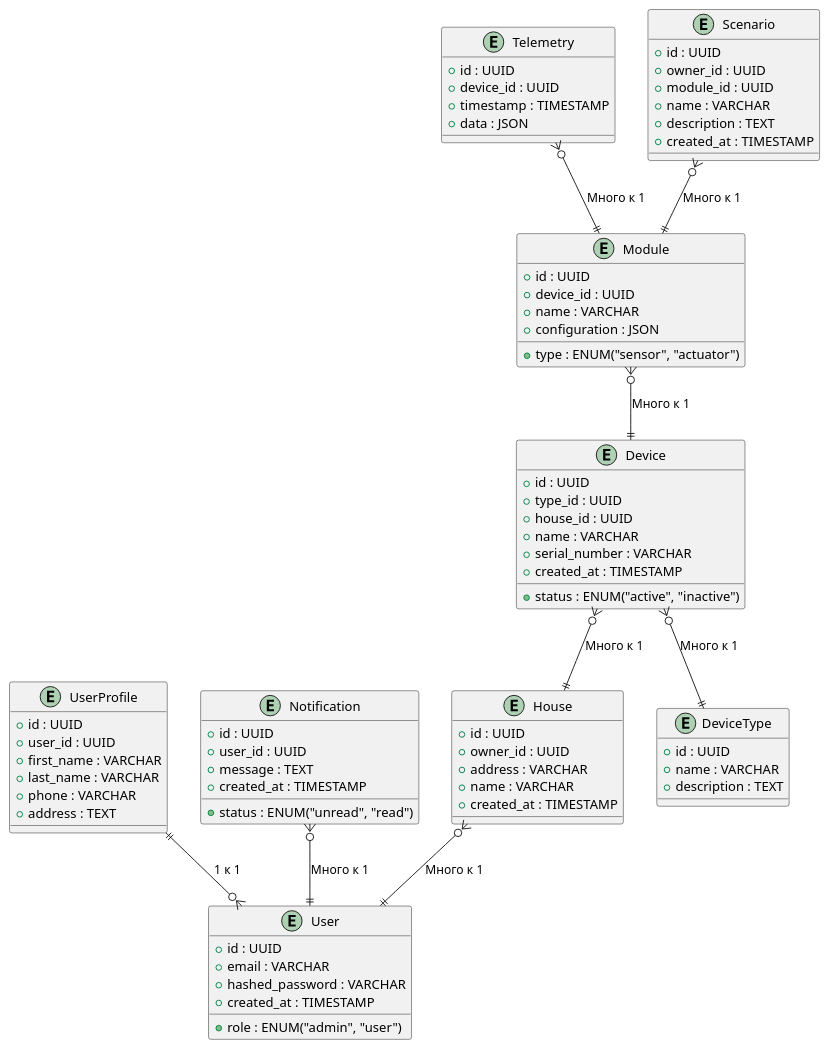
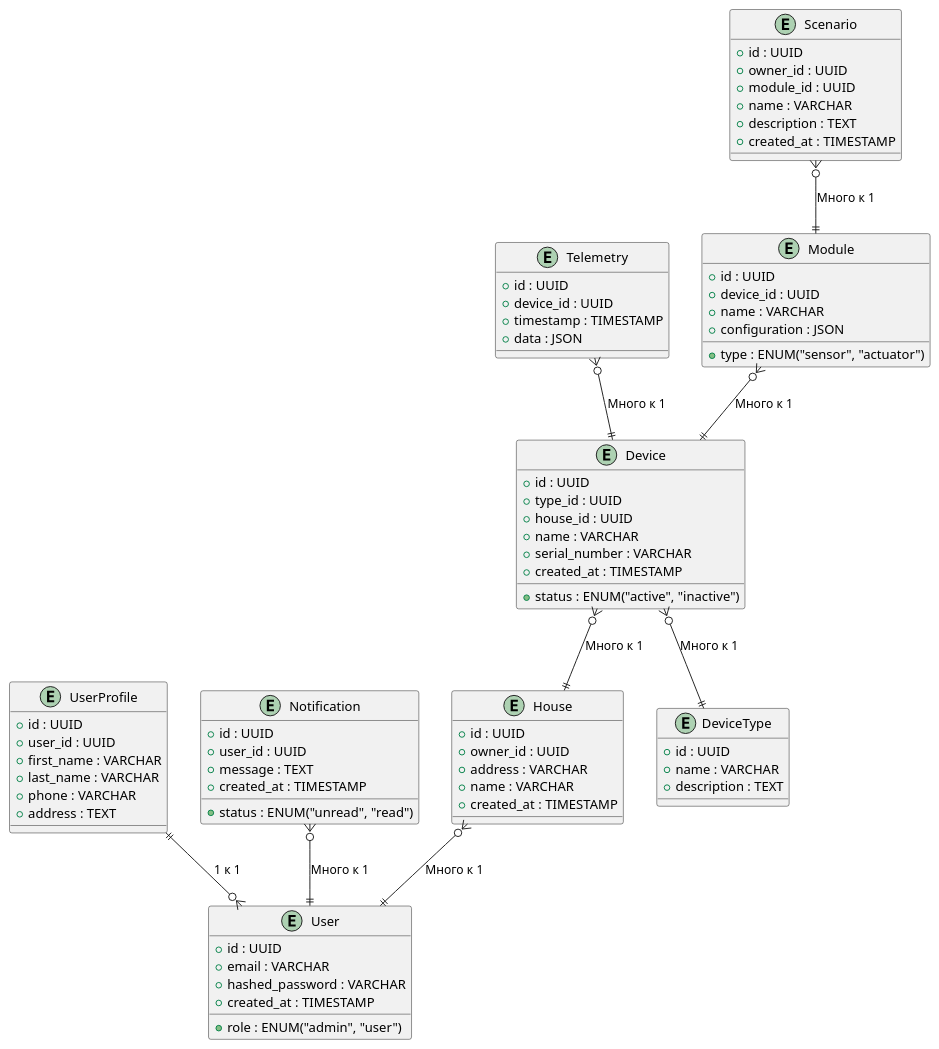
The diagram in diagrams/ER.puml (vlfors/architecture-sprint-3), drawn with PlantUML before and after one commit. The commit also changed 32 other files, not shown here.

```diff
--- a/diagrams/ER.puml
+++ b/diagrams/ER.puml
@@ -1,92 +1,92 @@
 @startuml
 
 ' Таблица пользователей
 entity (User) {
     + id : UUID
     + email : VARCHAR
     + hashed_password : VARCHAR
     + role : ENUM("admin", "user")
     + created_at : TIMESTAMP
 }
 
 ' Таблица профилей пользователей
 entity (UserProfile) {
     + id : UUID
     + user_id : UUID
     + first_name : VARCHAR
     + last_name : VARCHAR
     + phone : VARCHAR
     + address : TEXT
 }
 
 ' Таблица устройств
 entity (Device) {
     + id : UUID
     + type_id : UUID
     + house_id : UUID
     + name : VARCHAR
     + serial_number : VARCHAR
     + status : ENUM("active", "inactive")
     + created_at : TIMESTAMP
 }
 
 ' Таблица телеметрии
 entity (Telemetry) {
     + id : UUID
     + device_id : UUID
     + timestamp : TIMESTAMP
     + data : JSON
 }
 
 ' Таблица сценариев
 entity (Scenario) {
     + id : UUID
     + owner_id : UUID
     + module_id : UUID
     + name : VARCHAR
     + description : TEXT
     + created_at : TIMESTAMP
 }
 
 ' Таблица уведомлений
 entity (Notification) {
     + id : UUID
     + user_id : UUID
     + message : TEXT
     + created_at : TIMESTAMP
     + status : ENUM("unread", "read")
 }
 entity (House) {
     + id : UUID
     + owner_id : UUID
     + address : VARCHAR
     + name : VARCHAR
     + created_at : TIMESTAMP
 }
 
 entity (DeviceType) {
     + id : UUID
     + name : VARCHAR
     + description : TEXT
 }
 
 entity (Module) {
     + id : UUID
     + device_id : UUID
     + name : VARCHAR
     + type : ENUM("sensor", "actuator")
     + configuration : JSON
 }
 
 
 ' Связи между таблицами
 UserProfile ||--o{ User : "1 к 1"
 House }o--|| User : "Много к 1"
 Device }o--|| House : "Много к 1"
 Device }o--|| DeviceType : "Много к 1"
 Module }o--|| Device : "Много к 1"
-Telemetry }o--|| Module : "Много к 1"
+Telemetry }o--|| Device : "Много к 1"
 Notification }o--|| User : "Много к 1"
 Scenario }o--|| Module : "Много к 1"
 
 @enduml
```
